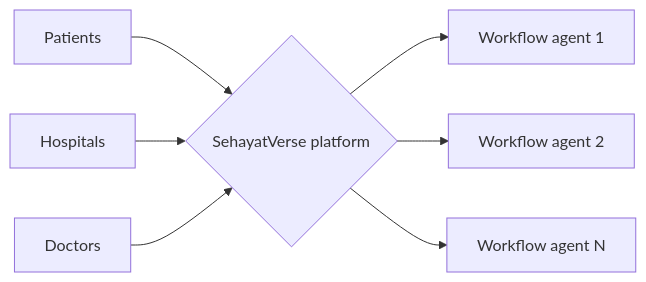
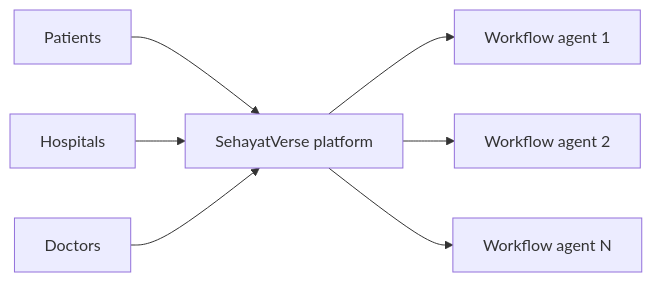
One commit to ZareenFatima-tech/ZareenFatima-tech changed the second of 3 diagrams in README.md. Above: the diagram before and after it, drawn with Mermaid. The commit also changed other lines of this file, not shown here.

````diff
--- a/README.md
+++ b/README.md
@@ -144,9 +142,9 @@
 ```mermaid
 flowchart LR
-    P[Patients] --> S{SehayatVerse platform}
-    H[Hospitals] --> S
-    D[Doctors] --> S
-    S --> A1[Workflow agent 1]
-    S --> A2[Workflow agent 2]
-    S --> A3[Workflow agent N]
+    P["Patients"] --> S["SehayatVerse platform"]
+    H["Hospitals"] --> S
+    D["Doctors"] --> S
+    S --> A1["Workflow agent 1"]
+    S --> A2["Workflow agent 2"]
+    S --> A3["Workflow agent N"]
 ```
````
